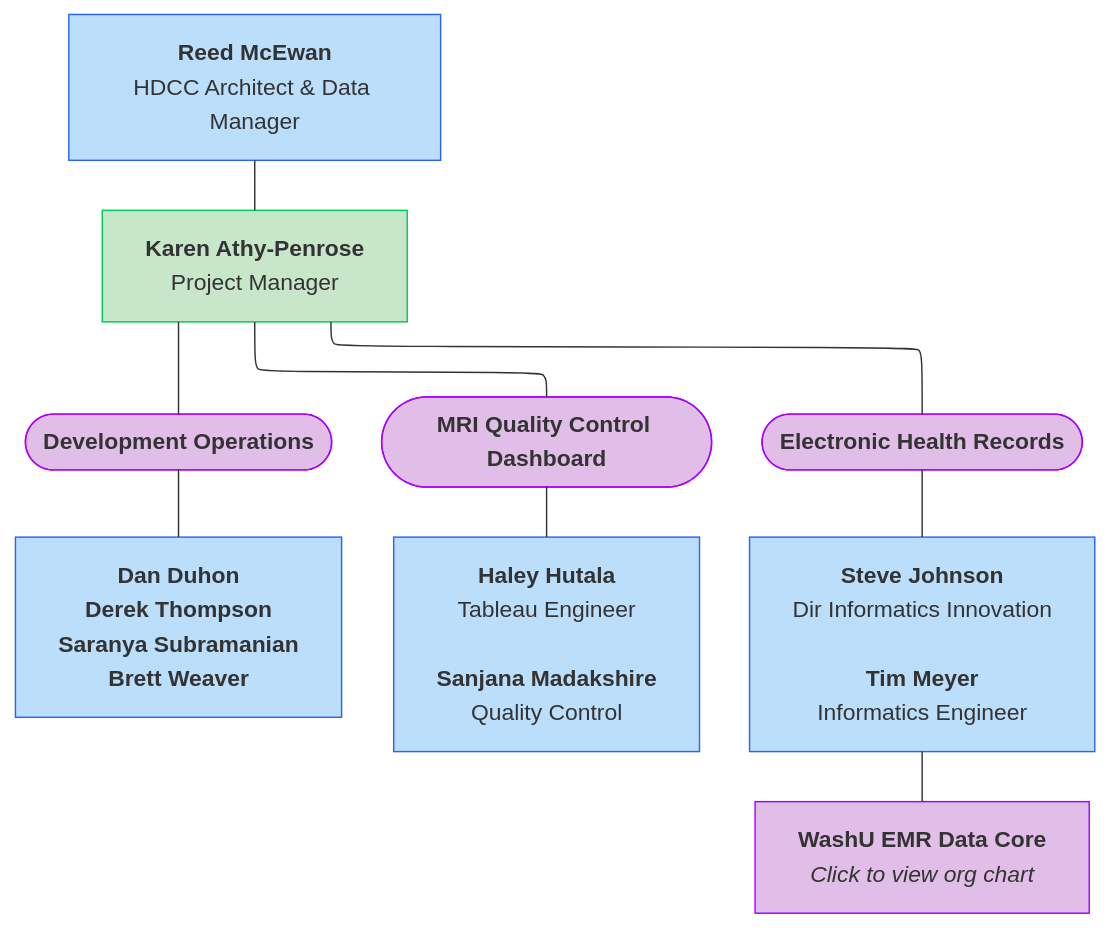
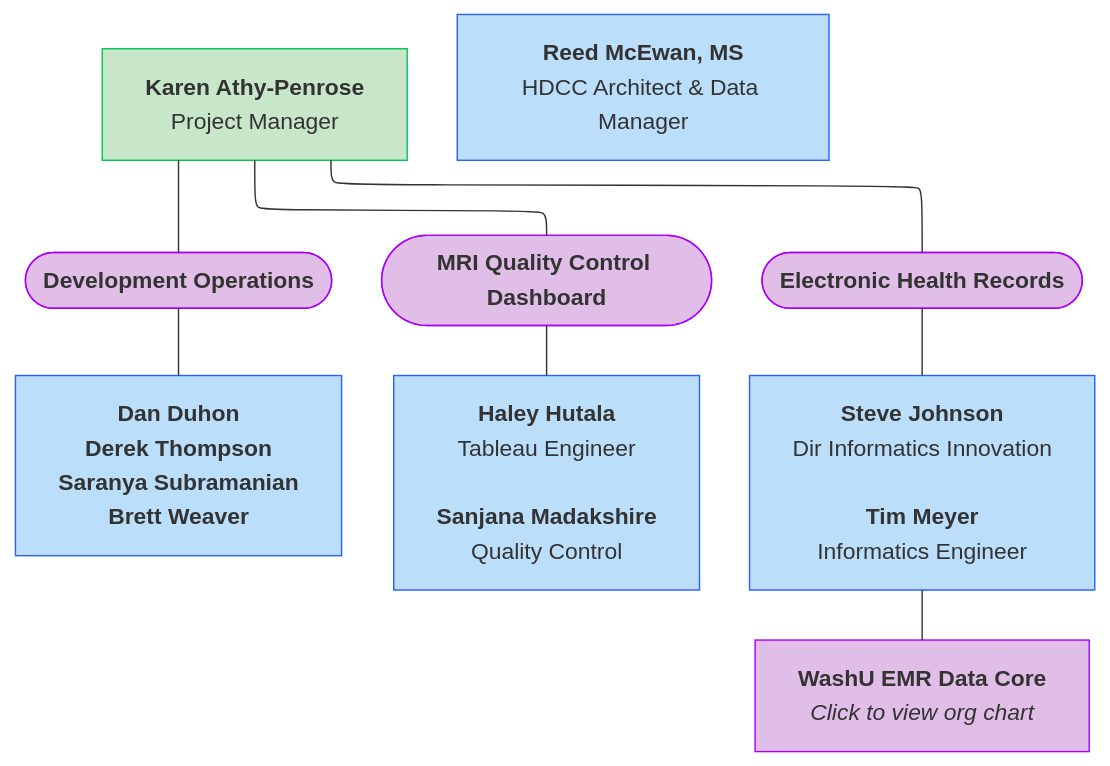
Before and after one commit to DCAN-Labs/hbcd-docs-internal: the ninth of 12 diagrams in docs/orgcharts.md, drawn with Mermaid. The commit also changed 1 other file, not shown here.

Commit message:
HST update

````diff
--- a/docs/orgcharts.md
+++ b/docs/orgcharts.md
@@ -360,24 +360,23 @@
 ```mermaid
 ---
 config:
   layout: elk
 ---
 flowchart TB
-    B["<b>Karen Athy-Penrose</b><br>Project Manager"] --- n2(["<b>Development Operations</b>"])
-    B --- n3(["<b>MRI Quality Control Dashboard</b>"]) & n4(["<b>Electronic Health Records</b>"])
+    B["<b>Karen Athy-Penrose</b><br>Project Manager"] --- n2(["<b>Development Operations</b>"]) & n3(["<b>MRI Quality Control Dashboard</b>"]) & n4(["<b>Electronic Health Records</b>"])
     n2 --- F["<b>Dan Duhon<br>Derek Thompson<br>Saranya Subramanian<br>Brett Weaver</b>"]
     n3 --- G["<b>Haley Hutala</b><br>Tableau Engineer<br><br><b>Sanjana Madakshire</b><br>Quality Control"]
-    E["<b>Reed McEwan</b><br>HDCC Architect &amp; Data Manager"] --- B
     H["<b>Steve Johnson</b><br>Dir Informatics Innovation<br><br><b>Tim Meyer</b><br>Informatics Engineer"] --- n5["<b>WashU EMR Data Core<br></b><i>Click to view org chart</i>"]
     n4 --- H
+    E["<b>Reed McEwan, MS</b><br>HDCC Architect &amp; Data Manager"]
     style B fill:#C8E6C9,stroke:#00C853
     style n2 fill:#E1BEE7,stroke:#AA00FF
     style n3 fill:#E1BEE7,stroke:#AA00FF
     style n4 fill:#E1BEE7,stroke:#AA00FF
     style F fill:#BBDEFB,stroke:#2962FF
     style G fill:#BBDEFB,stroke:#2962FF
     style E fill:#BBDEFB,stroke:#2962FF
     style H fill:#BBDEFB,stroke:#2962FF
     style n5 fill:#E1BEE7,stroke:#AA00FF
     click n5 "#washu"
 ```
````
